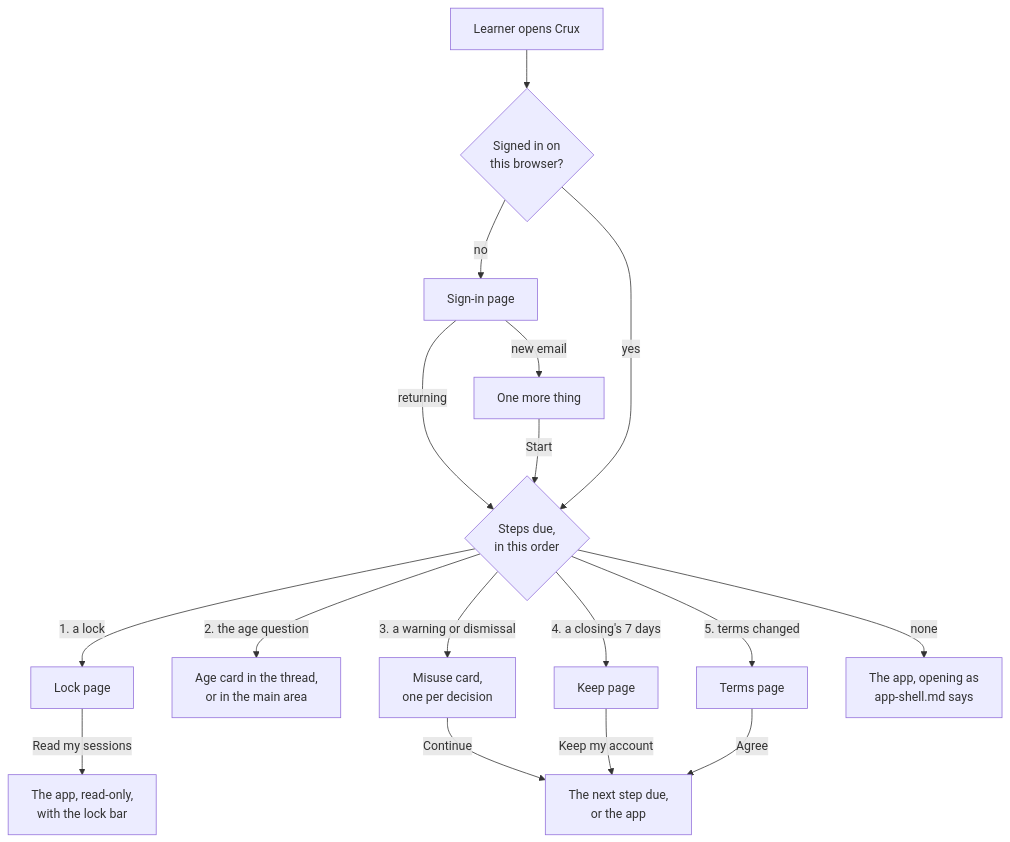
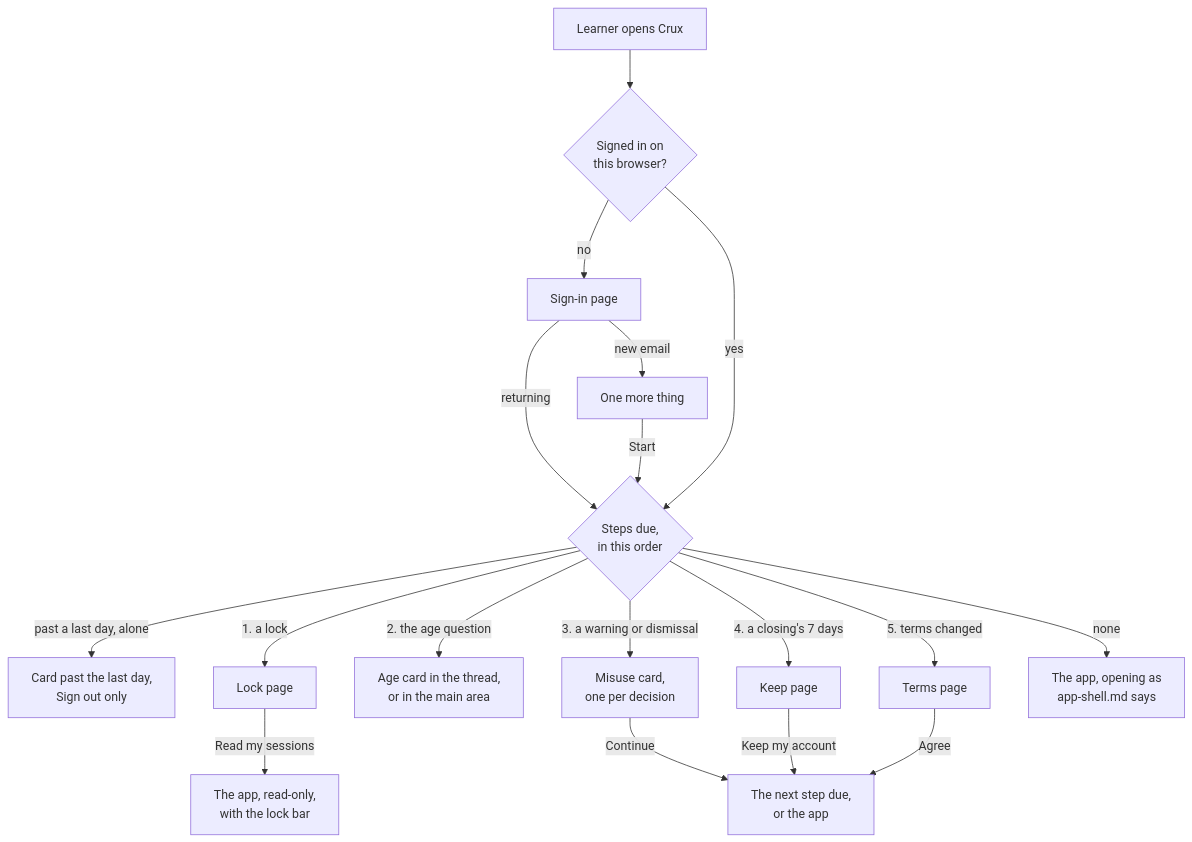
The diagram in docs/spec/account-screens.md (calmxz/Crux), drawn with Mermaid before and after one commit. The commit also changed other lines of this file and 14 other files, not shown here.

````diff
--- a/docs/spec/account-screens.md
+++ b/docs/spec/account-screens.md
@@ -34,19 +34,20 @@
 ```mermaid
 flowchart TD
   open["Learner opens Crux"] --> signed{"Signed in on<br/>this browser?"}
   signed -->|no| signin["Sign-in page"]
   signin -->|"new email"| more["One more thing"]
   signin -->|"returning"| steps
   more -->|Start| steps
   signed -->|yes| steps{"Steps due,<br/>in this order"}
+  steps -->|"past a last day, alone"| past["Card past the last day,<br/>Sign out only"]
   steps -->|"1. a lock"| lock["Lock page"]
   lock -->|"Read my sessions"| ro["The app, read-only,<br/>with the lock bar"]
   steps -->|"2. the age question"| age["Age card in the thread,<br/>or in the main area"]
   steps -->|"3. a warning or dismissal"| card["Misuse card,<br/>one per decision"]
   steps -->|"4. a closing's 7 days"| keep["Keep page"]
   steps -->|"5. terms changed"| terms["Terms page"]
   card -->|Continue| next["The next step due,<br/>or the app"]
   keep -->|"Keep my account"| next
   terms -->|Agree| next
   steps -->|none| app["The app, opening as<br/>app-shell.md says"]
 ```
````
